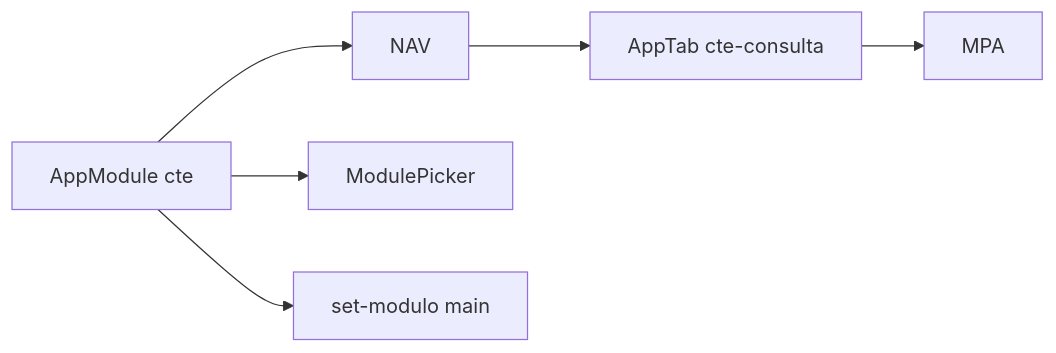
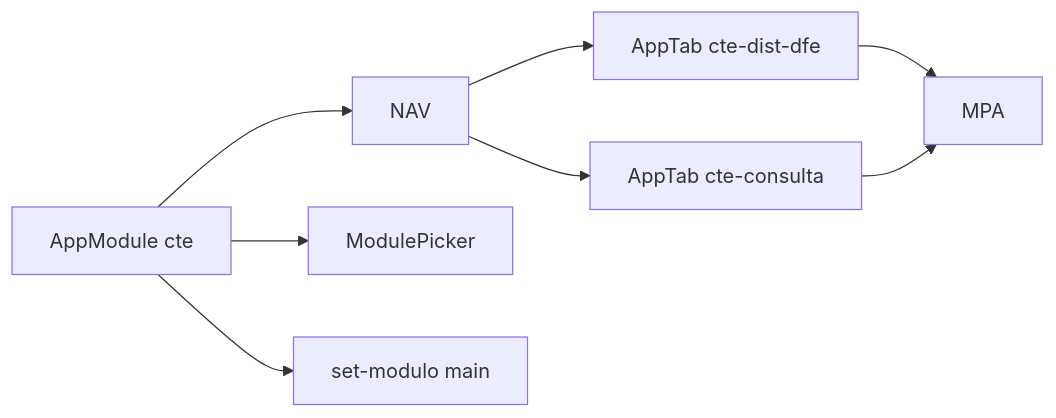
The third of 3 diagrams in docs/INTEGRACAO-MODULO-CTE.md (vitorkloy/Escrituracao-Fiscal), drawn with Mermaid before and after one commit. The commit also changed other lines of this file and 6 other files, not shown here.

````diff
--- a/docs/INTEGRACAO-MODULO-CTE.md
+++ b/docs/INTEGRACAO-MODULO-CTE.md
@@ -109,10 +109,13 @@
 ```mermaid
 flowchart LR
   T[AppModule cte]
   T --> NAV
   T --> MP[ModulePicker]
   T --> SET[set-modulo main]
-  TAB[AppTab cte-consulta]
-  TAB --> MPA
-  NAV --> TAB
+  TAB1[AppTab cte-dist-dfe]
+  TAB2[AppTab cte-consulta]
+  TAB1 --> MPA
+  TAB2 --> MPA
+  NAV --> TAB1
+  NAV --> TAB2
 ```
````
